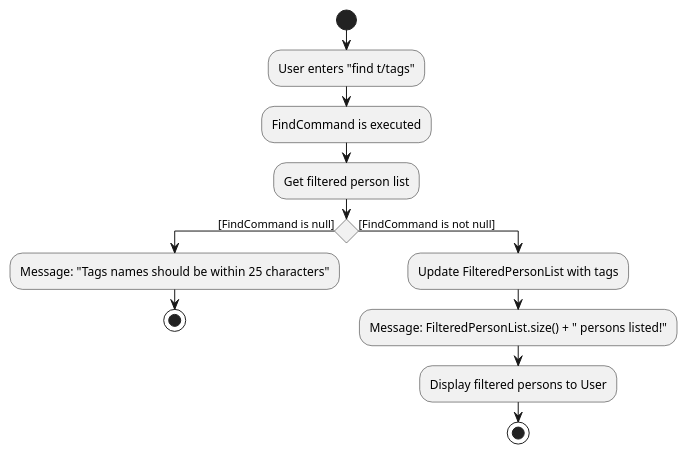
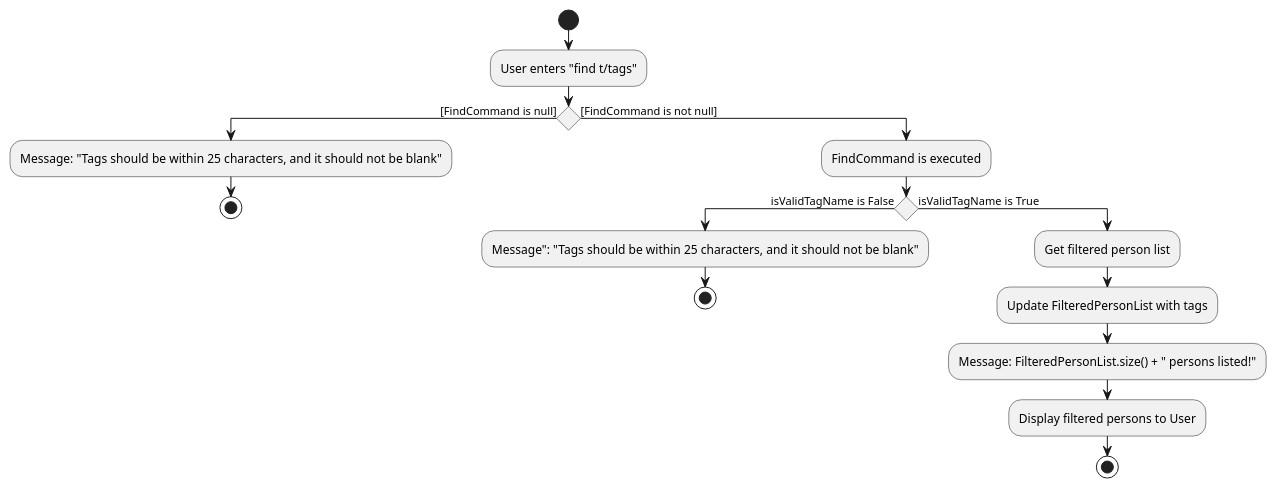
Before and after one commit to delonlee01/tp: the diagram in docs/diagrams/FindActivityDiagram.puml, drawn with PlantUML.

Commit message:
Edit find by tag activity diagram

```diff
--- a/docs/diagrams/FindActivityDiagram.puml
+++ b/docs/diagrams/FindActivityDiagram.puml
@@ -1,21 +1,24 @@
 @startuml
 start
 
 :User enters "find t/tags";
 
-:FindCommand is executed;
-
-:Get filtered person list;
-
 if () then ([FindCommand is null])
-    :Message: "Tags names should be within 25 characters";
+    :Message: "Tags should be within 25 characters, and it should not be blank";
     stop
 else ([FindCommand is not null])
-    :Update FilteredPersonList with tags;
+    :FindCommand is executed;
 
-    :Message: FilteredPersonList.size() + " persons listed!";
+    if () then (isValidTagName is False)
+        :Message": "Tags should be within 25 characters, and it should not be blank";
+        stop
+    else (isValidTagName is True)
+        :Get filtered person list;
 
-    :Display filtered persons to User;
+        :Update FilteredPersonList with tags;
 
-stop
+        :Message: FilteredPersonList.size() + " persons listed!";
+
+        :Display filtered persons to User;
+        stop
 @enduml
```
